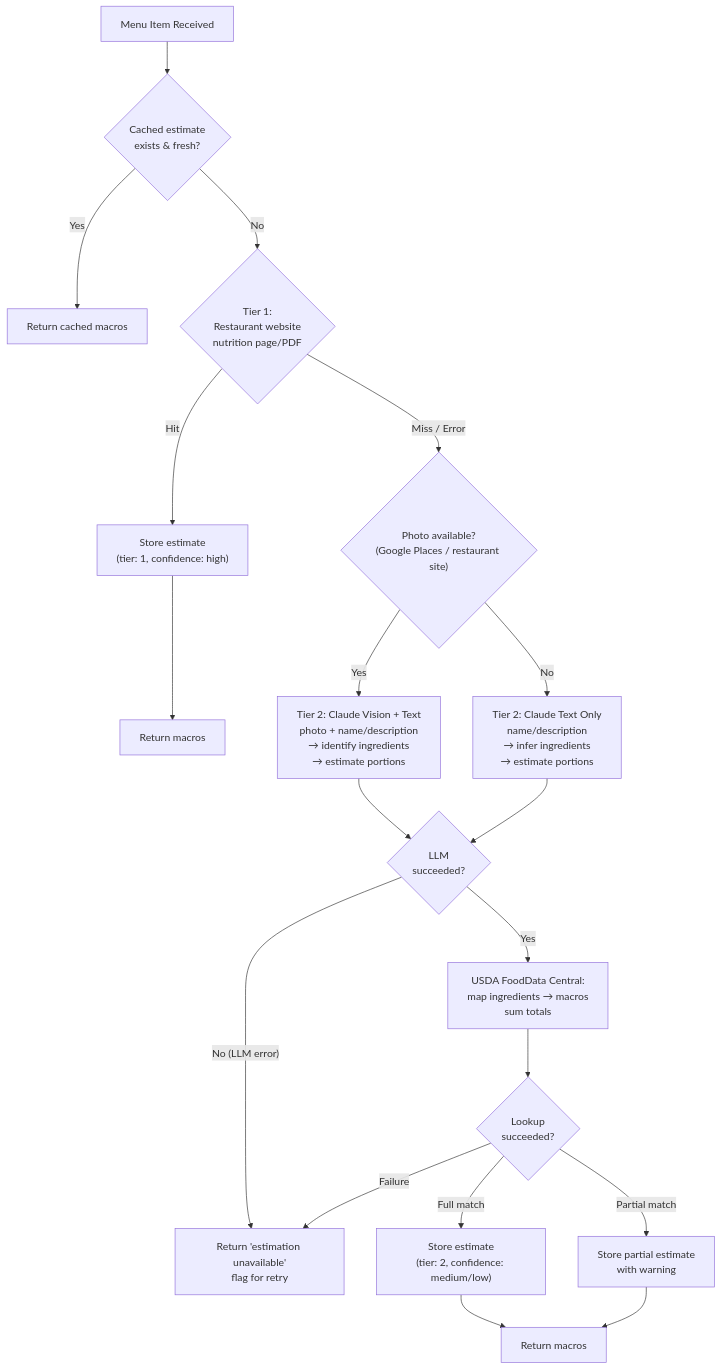
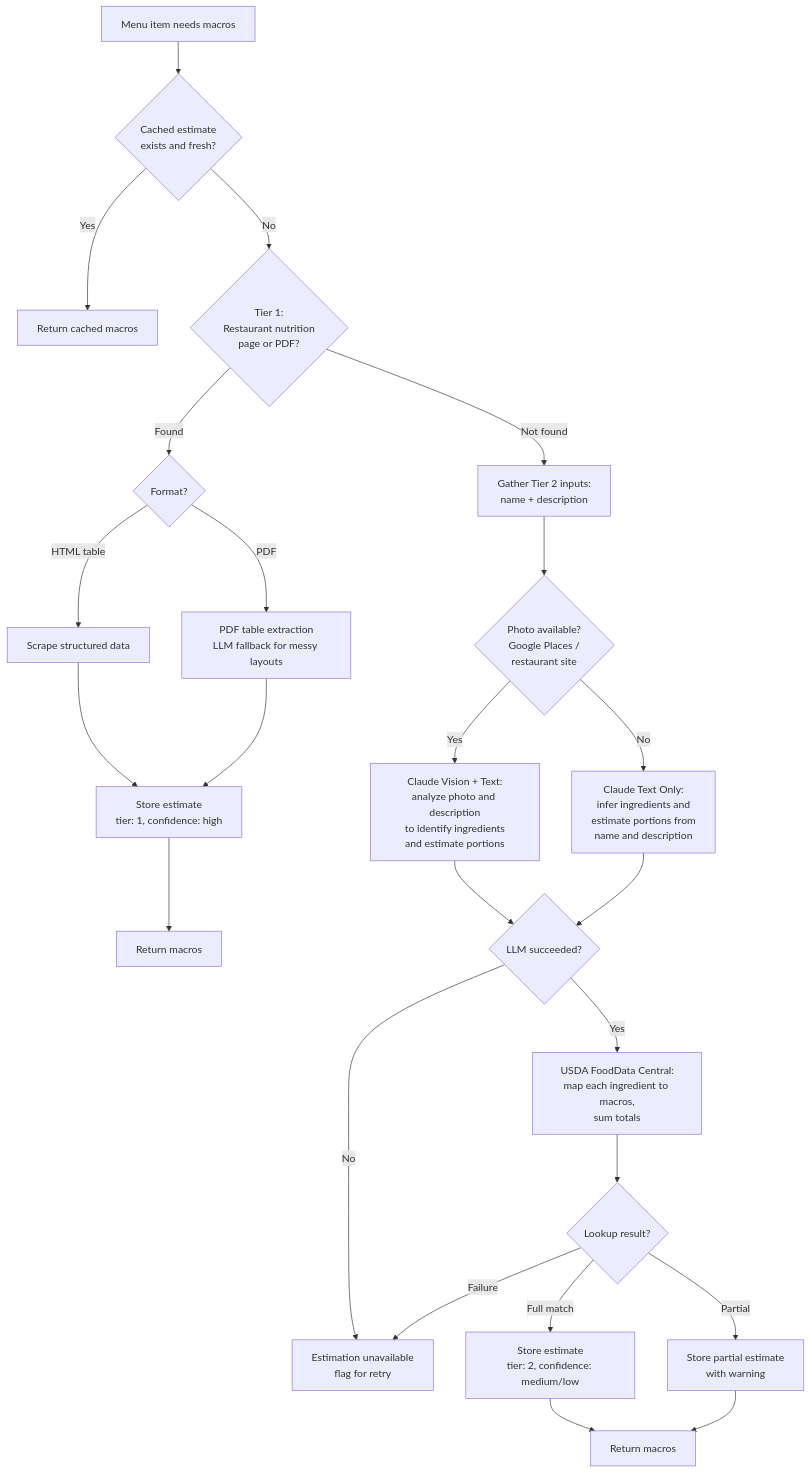
Before and after one commit to dgmolla/fitsy: the third of 4 diagrams in docs/engineering/backend/system-design.md, drawn with Mermaid. The commit also changed other lines of this file and 1 other file, not shown here.

First line of the commit message:
Add restaurant data retrieval flow, fix mermaid rendering

````diff
--- a/docs/engineering/backend/system-design.md
+++ b/docs/engineering/backend/system-design.md
@@ -104,29 +128,34 @@
 ```mermaid
 flowchart TD
-    Start["Menu Item Received"] --> CacheCheck{"Cached estimate\nexists & fresh?"}
+    Start["Menu item needs macros"] --> CacheCheck{"Cached estimate<br/>exists and fresh?"}
 
     CacheCheck -- "Yes" --> ReturnCached["Return cached macros"]
-    CacheCheck -- "No" --> T1{"Tier 1:\nRestaurant website\nnutrition page/PDF"}
+    CacheCheck -- "No" --> T1{"Tier 1:<br/>Restaurant nutrition<br/>page or PDF?"}
 
-    T1 -- "Hit" --> StoreT1["Store estimate\n(tier: 1, confidence: high)"]
+    T1 -- "Found" --> Parse{"Format?"}
+    Parse -- "HTML table" --> HTMLScrape["Scrape structured data"]
+    Parse -- "PDF" --> PDFExtract["PDF table extraction<br/>LLM fallback for messy layouts"]
+    HTMLScrape --> StoreT1["Store estimate<br/>tier: 1, confidence: high"]
+    PDFExtract --> StoreT1
     StoreT1 --> Return1["Return macros"]
 
-    T1 -- "Miss / Error" --> PhotoCheck{"Photo available?\n(Google Places / restaurant site)"}
+    T1 -- "Not found" --> T2Inputs["Gather Tier 2 inputs:<br/>name + description"]
+    T2Inputs --> PhotoCheck{"Photo available?<br/>Google Places /<br/>restaurant site"}
 
-    PhotoCheck -- "Yes" --> T2Photo["Tier 2: Claude Vision + Text\nphoto + name/description\n→ identify ingredients\n→ estimate portions"]
-    PhotoCheck -- "No" --> T2Text["Tier 2: Claude Text Only\nname/description\n→ infer ingredients\n→ estimate portions"]
+    PhotoCheck -- "Yes" --> T2Photo["Claude Vision + Text:<br/>analyze photo and description<br/>to identify ingredients<br/>and estimate portions"]
+    PhotoCheck -- "No" --> T2Text["Claude Text Only:<br/>infer ingredients and<br/>estimate portions from<br/>name and description"]
 
-    T2Photo --> T2OK{"LLM\nsucceeded?"}
+    T2Photo --> T2OK{"LLM succeeded?"}
     T2Text --> T2OK
 
-    T2OK -- "Yes" --> USDA["USDA FoodData Central:\nmap ingredients → macros\nsum totals"]
-    T2OK -- "No (LLM error)" --> Unavailable["Return 'estimation unavailable'\nflag for retry"]
+    T2OK -- "Yes" --> USDA["USDA FoodData Central:<br/>map each ingredient to macros,<br/>sum totals"]
+    T2OK -- "No" --> Unavailable["Estimation unavailable<br/>flag for retry"]
 
-    USDA --> USDAOK{"Lookup\nsucceeded?"}
-    USDAOK -- "Full match" --> StoreT2["Store estimate\n(tier: 2, confidence: medium/low)"]
-    USDAOK -- "Partial match" --> StoreT2Warn["Store partial estimate\nwith warning"]
+    USDA --> USDAOK{"Lookup result?"}
+    USDAOK -- "Full match" --> StoreT2["Store estimate<br/>tier: 2, confidence: medium/low"]
+    USDAOK -- "Partial" --> StoreT2Warn["Store partial estimate<br/>with warning"]
     USDAOK -- "Failure" --> Unavailable
 
     StoreT2 --> Return2["Return macros"]
     StoreT2Warn --> Return2
 ```
````
